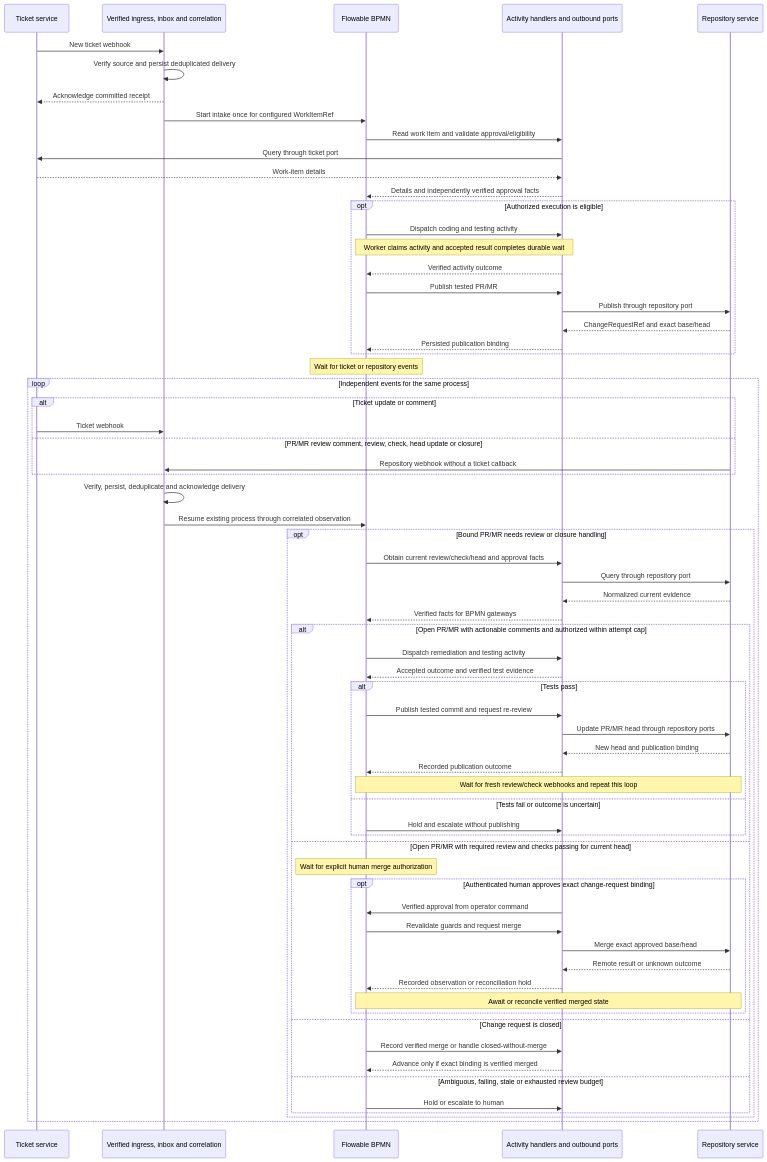
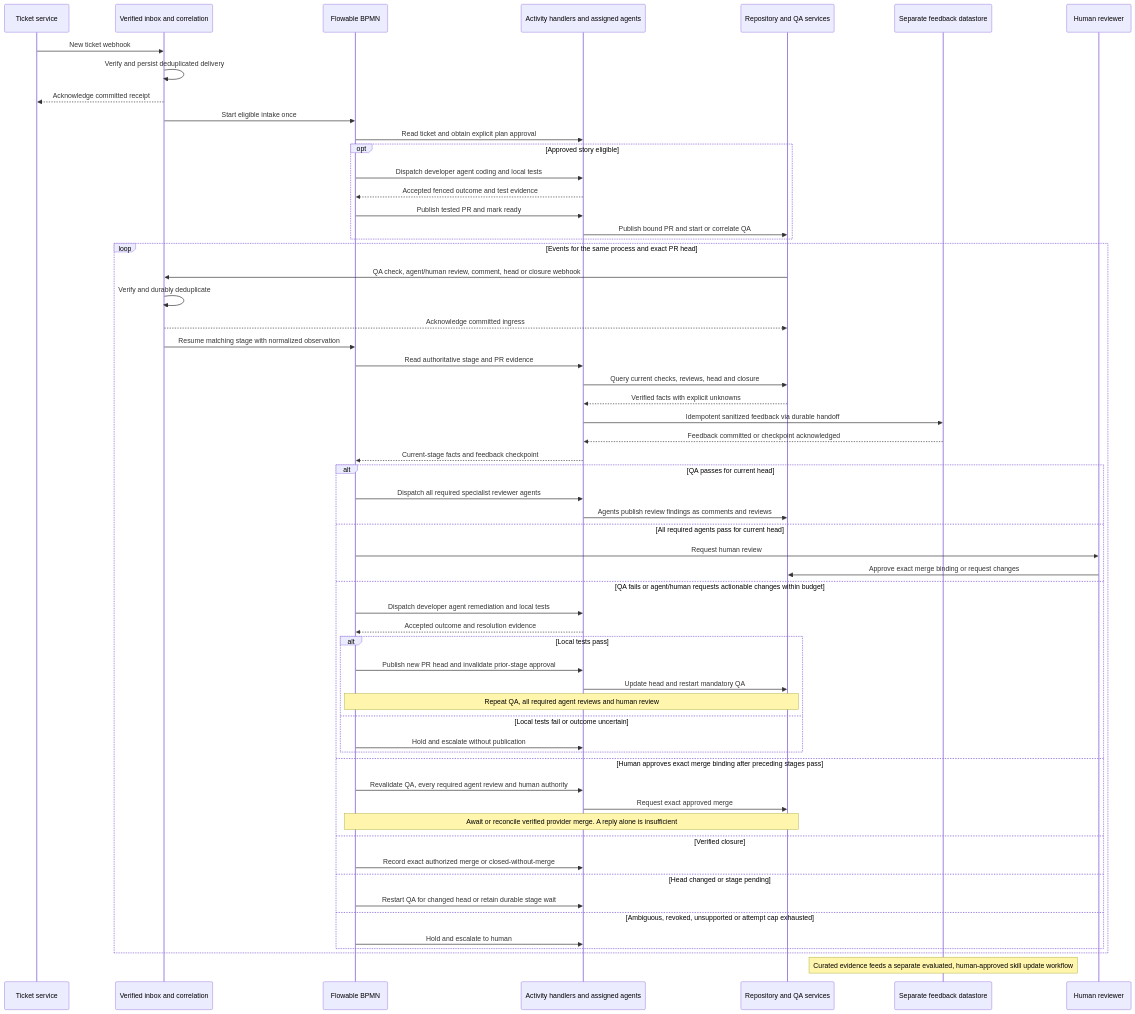
Before and after one commit to skizzay/forgeflow: the first of 2 diagrams in docs/architecture/workflow-boundaries.md, drawn with Mermaid. The commit also changed other lines of this file and 9 other files, not shown here.

Commit message:
Model staged QA agent human review and feedback learning (#100)

````diff
--- a/docs/architecture/workflow-boundaries.md
+++ b/docs/architecture/workflow-boundaries.md
@@ -75,69 +80,61 @@
 ```mermaid
 sequenceDiagram
     participant T as Ticket service
-    participant I as Verified ingress, inbox and correlation
+    participant I as Verified inbox and correlation
     participant F as Flowable BPMN
-    participant A as Activity handlers and outbound ports
-    participant R as Repository service
+    participant A as Activity handlers and assigned agents
+    participant R as Repository and QA services
+    participant D as Separate feedback datastore
+    participant H as Human reviewer
     T->>I: New ticket webhook
-    I->>I: Verify source and persist deduplicated delivery
+    I->>I: Verify and persist deduplicated delivery
     I-->>T: Acknowledge committed receipt
-    I->>F: Start intake once for configured WorkItemRef
-    F->>A: Read work item and validate approval/eligibility
-    A->>T: Query through ticket port
-    T-->>A: Work-item details
-    A-->>F: Details and independently verified approval facts
-    opt Authorized execution is eligible
-        F->>A: Dispatch coding and testing activity
-        Note over F,A: Worker claims activity and accepted result completes durable wait
-        A-->>F: Verified activity outcome
-        F->>A: Publish tested PR/MR
-        A->>R: Publish through repository port
-        R-->>A: ChangeRequestRef and exact base/head
-        A-->>F: Persisted publication binding
+    I->>F: Start eligible intake once
+    F->>A: Read ticket and obtain explicit plan approval
+    opt Approved story eligible
+        F->>A: Dispatch developer agent coding and local tests
+        A-->>F: Accepted fenced outcome and test evidence
+        F->>A: Publish tested PR and mark ready
+        A->>R: Publish bound PR and start or correlate QA
     end
-    Note over F: Wait for ticket or repository events
-    loop Independent events for the same process
-        alt Ticket update or comment
-            T->>I: Ticket webhook
-        else PR/MR review comment, review, check, head update or closure
-            R->>I: Repository webhook without a ticket callback
-        end
-        I->>I: Verify, persist, deduplicate and acknowledge delivery
-        I->>F: Resume existing process through correlated observation
-        opt Bound PR/MR needs review or closure handling
-            F->>A: Obtain current review/check/head and approval facts
-            A->>R: Query through repository port
-            R-->>A: Normalized current evidence
-            A-->>F: Verified facts for BPMN gateways
-            alt Open PR/MR with actionable comments and authorized within attempt cap
-                F->>A: Dispatch remediation and testing activity
-                A-->>F: Accepted outcome and verified test evidence
-                alt Tests pass
-                    F->>A: Publish tested commit and request re-review
-                    A->>R: Update PR/MR head through repository ports
-                    R-->>A: New head and publication binding
-                    A-->>F: Recorded publication outcome
-                    Note over F,R: Wait for fresh review/check webhooks and repeat this loop
-                else Tests fail or outcome is uncertain
-                    F->>A: Hold and escalate without publishing
-                end
-            else Open PR/MR with required review and checks passing for current head
-                Note over F: Wait for explicit human merge authorization
-                opt Authenticated human approves exact change-request binding
-                    A->>F: Verified approval from operator command
-                    F->>A: Revalidate guards and request merge
-                    A->>R: Merge exact approved base/head
-                    R-->>A: Remote result or unknown outcome
-                    A-->>F: Recorded observation or reconciliation hold
-                    Note over F,R: Await or reconcile verified merged state
-                end
-            else Change request is closed
-                F->>A: Record verified merge or handle closed-without-merge
-                A-->>F: Advance only if exact binding is verified merged
-            else Ambiguous, failing, stale or exhausted review budget
-                F->>A: Hold or escalate to human
+    loop Events for the same process and exact PR head
+        R->>I: QA check, agent/human review, comment, head or closure webhook
+        I->>I: Verify and durably deduplicate
+        I-->>R: Acknowledge committed ingress
+        I->>F: Resume matching stage with normalized observation
+        F->>A: Read authoritative stage and PR evidence
+        A->>R: Query current checks, reviews, head and closure
+        R-->>A: Verified facts with explicit unknowns
+        A->>D: Idempotent sanitized feedback via durable handoff
+        D-->>A: Feedback committed or checkpoint acknowledged
+        A-->>F: Current-stage facts and feedback checkpoint
+        alt QA passes for current head
+            F->>A: Dispatch all required specialist reviewer agents
+            A->>R: Agents publish review findings as comments and reviews
+        else All required agents pass for current head
+            F->>H: Request human review
+            H->>R: Approve exact merge binding or request changes
+        else QA fails or agent/human requests actionable changes within budget
+            F->>A: Dispatch developer agent remediation and local tests
+            A-->>F: Accepted outcome and resolution evidence
+            alt Local tests pass
+                F->>A: Publish new PR head and invalidate prior-stage approval
+                A->>R: Update head and restart mandatory QA
+                Note over F,R: Repeat QA, all required agent reviews and human review
+            else Local tests fail or outcome uncertain
+                F->>A: Hold and escalate without publication
             end
+        else Human approves exact merge binding after preceding stages pass
+            F->>A: Revalidate QA, every required agent review and human authority
+            A->>R: Request exact approved merge
+            Note over F,R: Await or reconcile verified provider merge. A reply alone is insufficient
+        else Verified closure
+            F->>A: Record exact authorized merge or closed-without-merge
+        else Head changed or stage pending
+            F->>A: Restart QA for changed head or retain durable stage wait
+        else Ambiguous, revoked, unsupported or attempt cap exhausted
+            F->>A: Hold and escalate to human
         end
     end
+    Note over D: Curated evidence feeds a separate evaluated, human-approved skill update workflow
 ```
````
